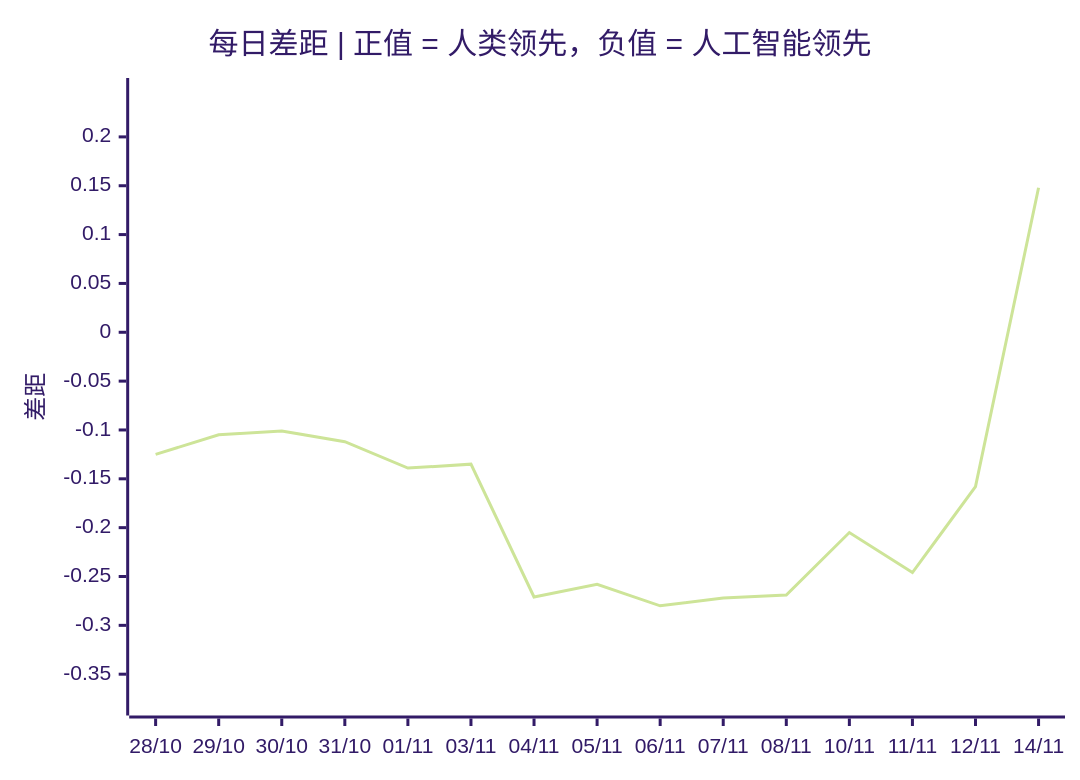
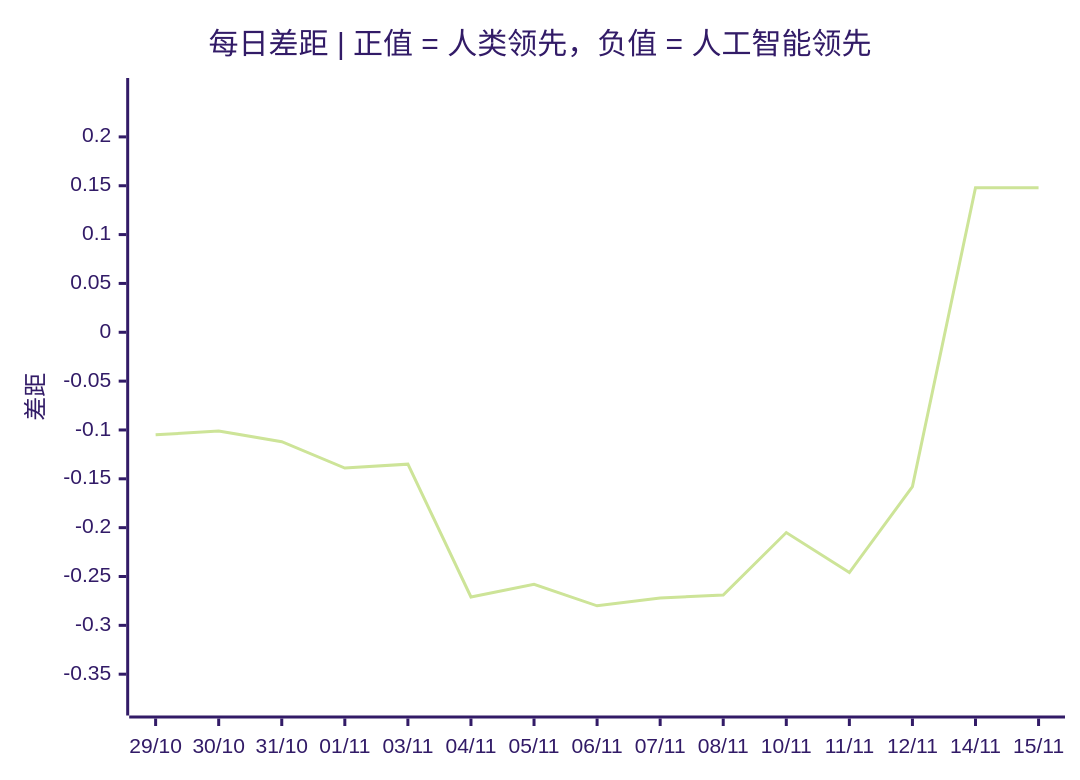
Before and after one commit to VQQLK/Human-AI-Monitor: the third of 3 diagrams in README.zh.md, drawn with Mermaid (forest theme). The commit also changed other lines of this file and 3 other files, not shown here.

````diff
--- a/README.zh.md
+++ b/README.zh.md
@@ -56,7 +56,7 @@
 ```mermaid
 xychart-beta
     title "每日差距 | 正值 = 人类领先，负值 = 人工智能领先"
-    x-axis ["28/10", "29/10", "30/10", "31/10", "01/11", "03/11", "04/11", "05/11", "06/11", "07/11", "08/11", "10/11", "11/11", "12/11", "14/11"]
+    x-axis ["29/10", "30/10", "31/10", "01/11", "03/11", "04/11", "05/11", "06/11", "07/11", "08/11", "10/11", "11/11", "12/11", "14/11", "15/11"]
     y-axis "差距" -0.380 --> 0.248
-    line [-0.125, -0.105, -0.101, -0.112, -0.139, -0.135, -0.271, -0.258, -0.280, -0.272, -0.269, -0.205, -0.246, -0.158, 0.148]
+    line [-0.105, -0.101, -0.112, -0.139, -0.135, -0.271, -0.258, -0.280, -0.272, -0.269, -0.205, -0.246, -0.158, 0.148, 0.148]
 ```
````
